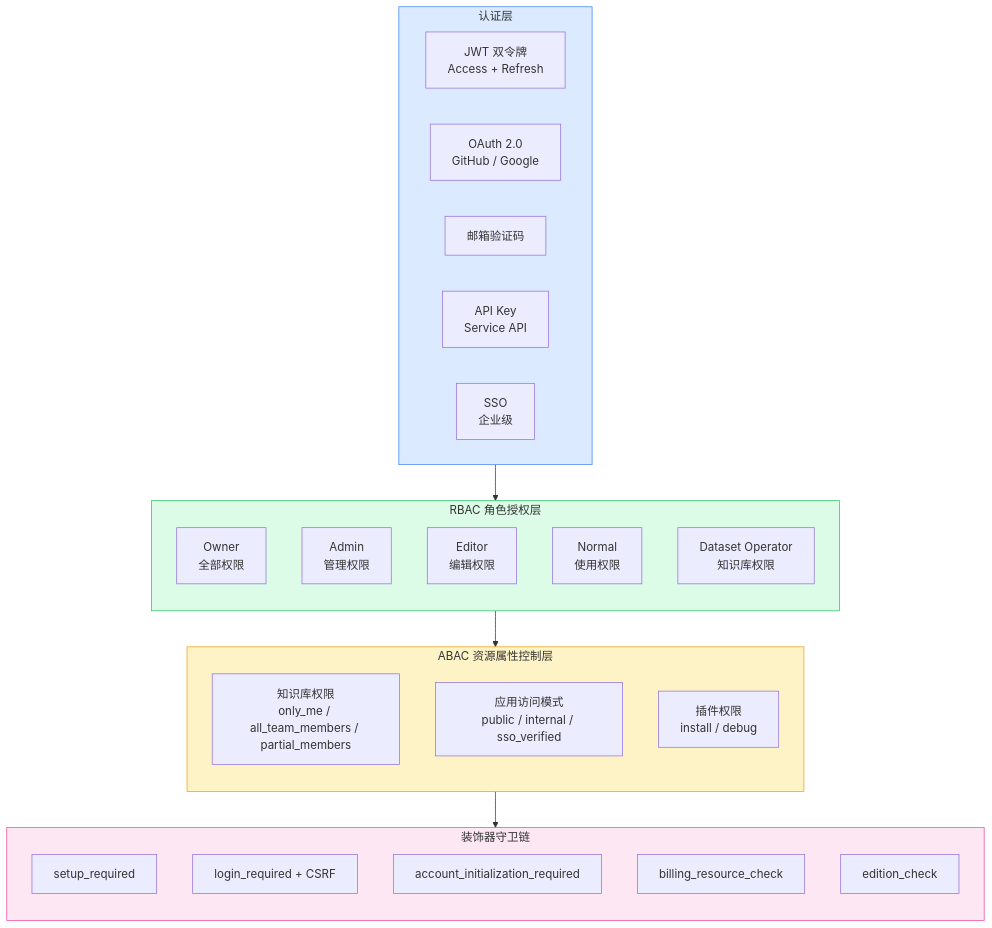
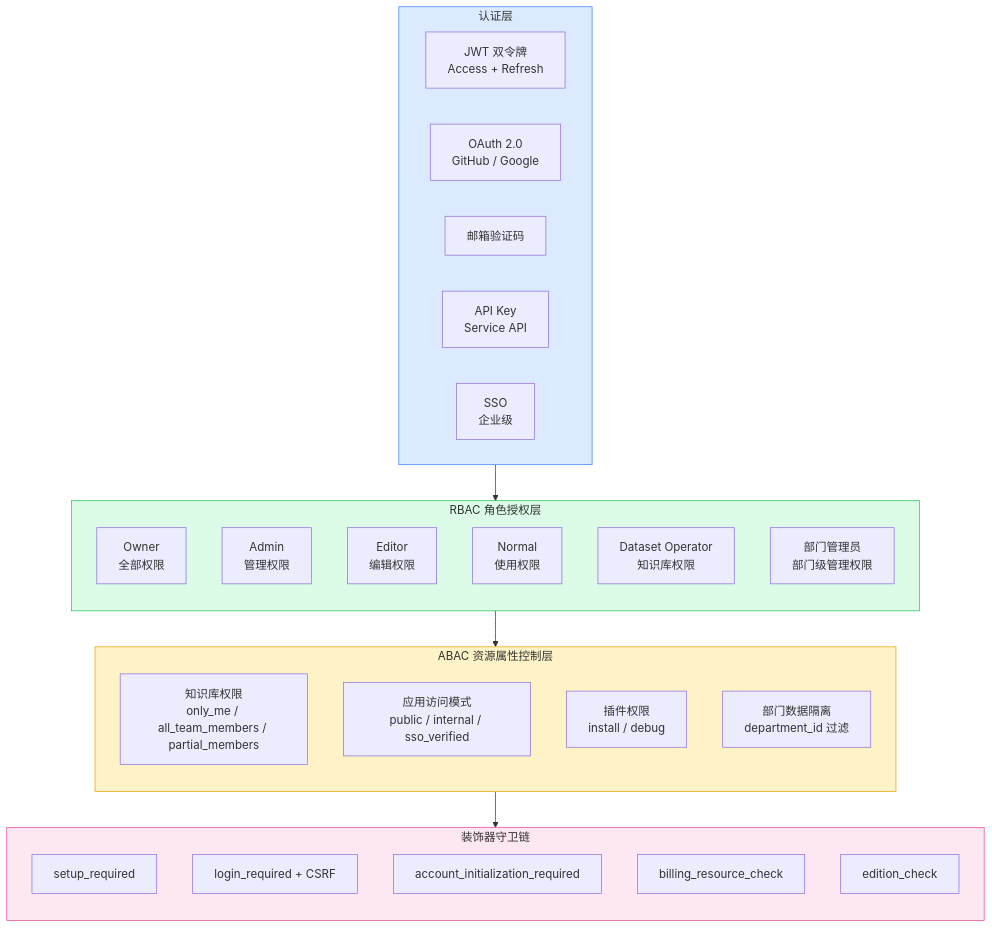
Diagram 19 of 19 in docs/architecture/permission-model.md (lazysGit/dify), drawn with Mermaid before and after one commit. The commit also changed other lines of this file and 76 other files, not shown here.

````diff
--- a/docs/architecture/permission-model.md
+++ b/docs/architecture/permission-model.md
@@ -644,44 +952,46 @@
 ```mermaid
 graph TB
     subgraph Auth["认证层"]
         JWT["JWT 双令牌<br/>Access + Refresh"]
         OAuth["OAuth 2.0<br/>GitHub / Google"]
         EmailCode["邮箱验证码"]
         APIKey["API Key<br/>Service API"]
         SSO["SSO<br/>企业级"]
     end
 
     subgraph RBAC["RBAC 角色授权层"]
         direction TB
         Owner["Owner<br/>全部权限"]
         Admin["Admin<br/>管理权限"]
         Editor["Editor<br/>编辑权限"]
         Normal["Normal<br/>使用权限"]
         DatasetOp["Dataset Operator<br/>知识库权限"]
+        DeptAdmin["部门管理员<br/>部门级管理权限"]
     end
 
     subgraph ABAC["ABAC 资源属性控制层"]
         direction TB
         DatasetPerm["知识库权限<br/>only_me / all_team_members / partial_members"]
         AppAccess["应用访问模式<br/>public / internal / sso_verified"]
         PluginPerm["插件权限<br/>install / debug"]
+        DeptPerm["部门数据隔离<br/>department_id 过滤"]
     end
 
     subgraph Guards["装饰器守卫链"]
         direction TB
         Setup["setup_required"]
         Login["login_required + CSRF"]
         Init["account_initialization_required"]
         Billing["billing_resource_check"]
         Edition["edition_check"]
     end
 
     Auth --> RBAC
     RBAC --> ABAC
     ABAC --> Guards
 
     style Auth fill:#dbeafe,stroke:#3b82f6
     style RBAC fill:#dcfce7,stroke:#22c55e
     style ABAC fill:#fef3c7,stroke:#f59e0b
     style Guards fill:#fce7f3,stroke:#ec4899
 ```
````
